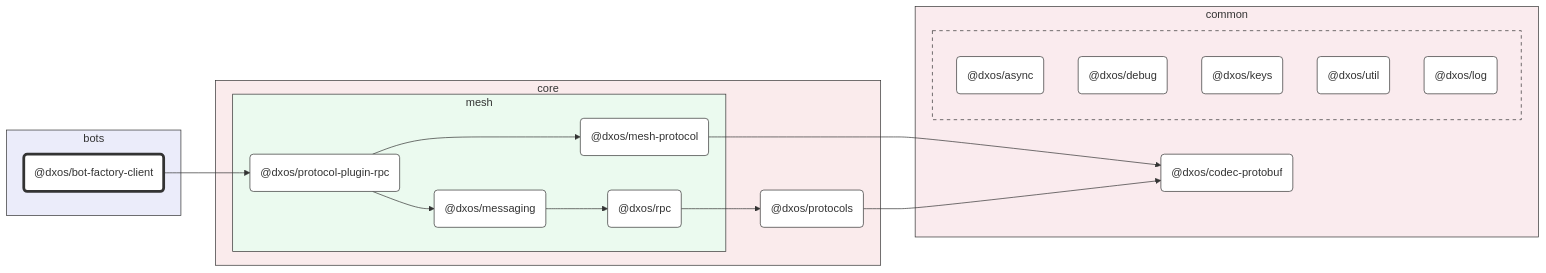
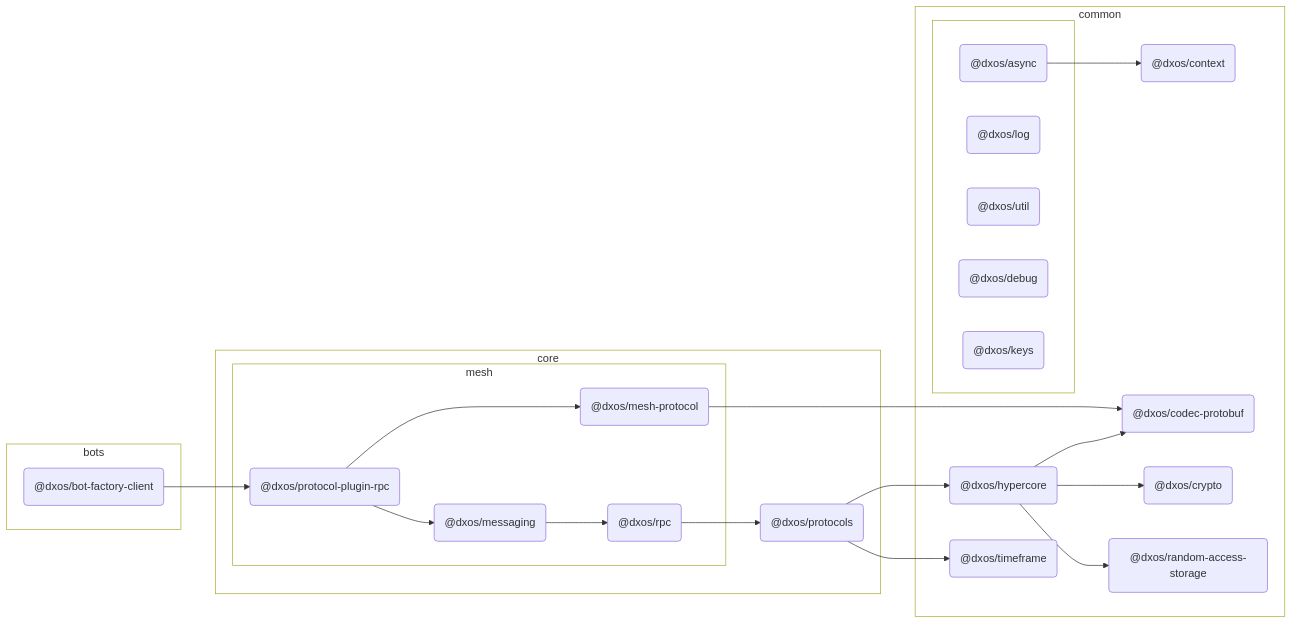
One commit to dxos/dxos changed the diagram in packages/bots/bot-factory-client/docs/README.md. Above: the diagram before and after it, drawn with Mermaid. The commit also changed other lines of this file and 127 other files, not shown here.

````diff
--- a/packages/bots/bot-factory-client/docs/README.md
+++ b/packages/bots/bot-factory-client/docs/README.md
@@ -7,65 +7,79 @@
 ```mermaid
 %%{ init: {'flowchart':{'curve':'basis'}} }%%
 
 flowchart LR
 
 %% Classes
-classDef def fill:#fff,stroke:#333,stroke-width:1px
-classDef root fill:#fff,stroke:#333,stroke-width:4px
+
+
 
 %% Nodes
 
 subgraph bots [bots]
-  style bots fill:#ebecfa,stroke:#333
+  style bots fill:transparent
   dxos/bot-factory-client("@dxos/bot-factory-client"):::root
   click dxos/bot-factory-client "dxos/dxos/tree/main/packages/bots/bot-factory-client/docs"
 end
 
 subgraph common [common]
-  style common fill:#faebee,stroke:#333
+  style common fill:transparent
+  dxos/context("@dxos/context"):::def
+  click dxos/context "dxos/dxos/tree/main/packages/common/context/docs"
   dxos/codec-protobuf("@dxos/codec-protobuf"):::def
   click dxos/codec-protobuf "dxos/dxos/tree/main/packages/common/codec-protobuf/docs"
+  dxos/hypercore("@dxos/hypercore"):::def
+  click dxos/hypercore "dxos/dxos/tree/main/packages/common/hypercore/docs"
+  dxos/crypto("@dxos/crypto"):::def
+  click dxos/crypto "dxos/dxos/tree/main/packages/common/crypto/docs"
+  dxos/random-access-storage("@dxos/random-access-storage"):::def
+  click dxos/random-access-storage "dxos/dxos/tree/main/packages/common/random-access-storage/docs"
+  dxos/timeframe("@dxos/timeframe"):::def
+  click dxos/timeframe "dxos/dxos/tree/main/packages/common/timeframe/docs"
 
   subgraph _ [ ]
-    style _ fill:#faebee,stroke:#333,stroke-dasharray:5 5
+    style _ fill:transparent
     dxos/async("@dxos/async"):::def
     click dxos/async "dxos/dxos/tree/main/packages/common/async/docs"
+    dxos/log("@dxos/log"):::def
+    click dxos/log "dxos/dxos/tree/main/packages/common/log/docs"
+    dxos/util("@dxos/util"):::def
+    click dxos/util "dxos/dxos/tree/main/packages/common/util/docs"
     dxos/debug("@dxos/debug"):::def
     click dxos/debug "dxos/dxos/tree/main/packages/common/debug/docs"
     dxos/keys("@dxos/keys"):::def
     click dxos/keys "dxos/dxos/tree/main/packages/common/keys/docs"
-    dxos/util("@dxos/util"):::def
-    click dxos/util "dxos/dxos/tree/main/packages/common/util/docs"
-    dxos/log("@dxos/log"):::def
-    click dxos/log "dxos/dxos/tree/main/packages/common/log/docs"
   end
 end
 
 subgraph core [core]
-  style core fill:#faebec,stroke:#333
+  style core fill:transparent
   dxos/protocols("@dxos/protocols"):::def
   click dxos/protocols "dxos/dxos/tree/main/packages/core/protocols/docs"
 
   subgraph mesh [mesh]
-    style mesh fill:#ebfaef,stroke:#333
+    style mesh fill:transparent
     dxos/protocol-plugin-rpc("@dxos/protocol-plugin-rpc"):::def
     click dxos/protocol-plugin-rpc "dxos/dxos/tree/main/packages/core/mesh/protocol-plugin-rpc/docs"
     dxos/mesh-protocol("@dxos/mesh-protocol"):::def
     click dxos/mesh-protocol "dxos/dxos/tree/main/packages/core/mesh/mesh-protocol/docs"
     dxos/messaging("@dxos/messaging"):::def
     click dxos/messaging "dxos/dxos/tree/main/packages/core/mesh/messaging/docs"
     dxos/rpc("@dxos/rpc"):::def
     click dxos/rpc "dxos/dxos/tree/main/packages/core/mesh/rpc/docs"
   end
 end
 
 %% Links
-linkStyle default stroke:#333,stroke-width:1px
+dxos/async --> dxos/context
 dxos/bot-factory-client --> dxos/protocol-plugin-rpc
 dxos/protocol-plugin-rpc --> dxos/mesh-protocol
 dxos/mesh-protocol --> dxos/codec-protobuf
 dxos/protocol-plugin-rpc --> dxos/messaging
-dxos/protocols --> dxos/codec-protobuf
+dxos/protocols --> dxos/hypercore
+dxos/hypercore --> dxos/codec-protobuf
+dxos/hypercore --> dxos/crypto
+dxos/hypercore --> dxos/random-access-storage
+dxos/protocols --> dxos/timeframe
 dxos/messaging --> dxos/rpc
 dxos/rpc --> dxos/protocols
 ```
````
